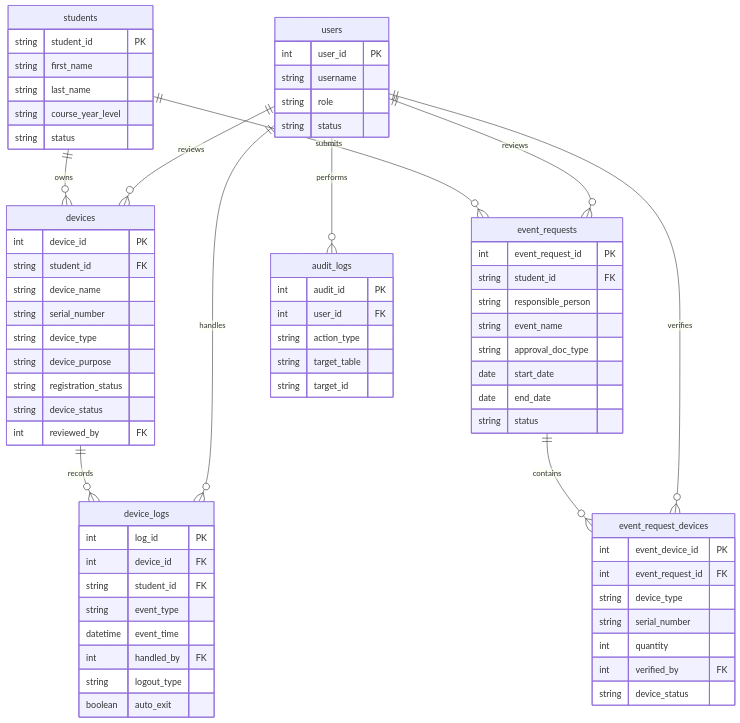
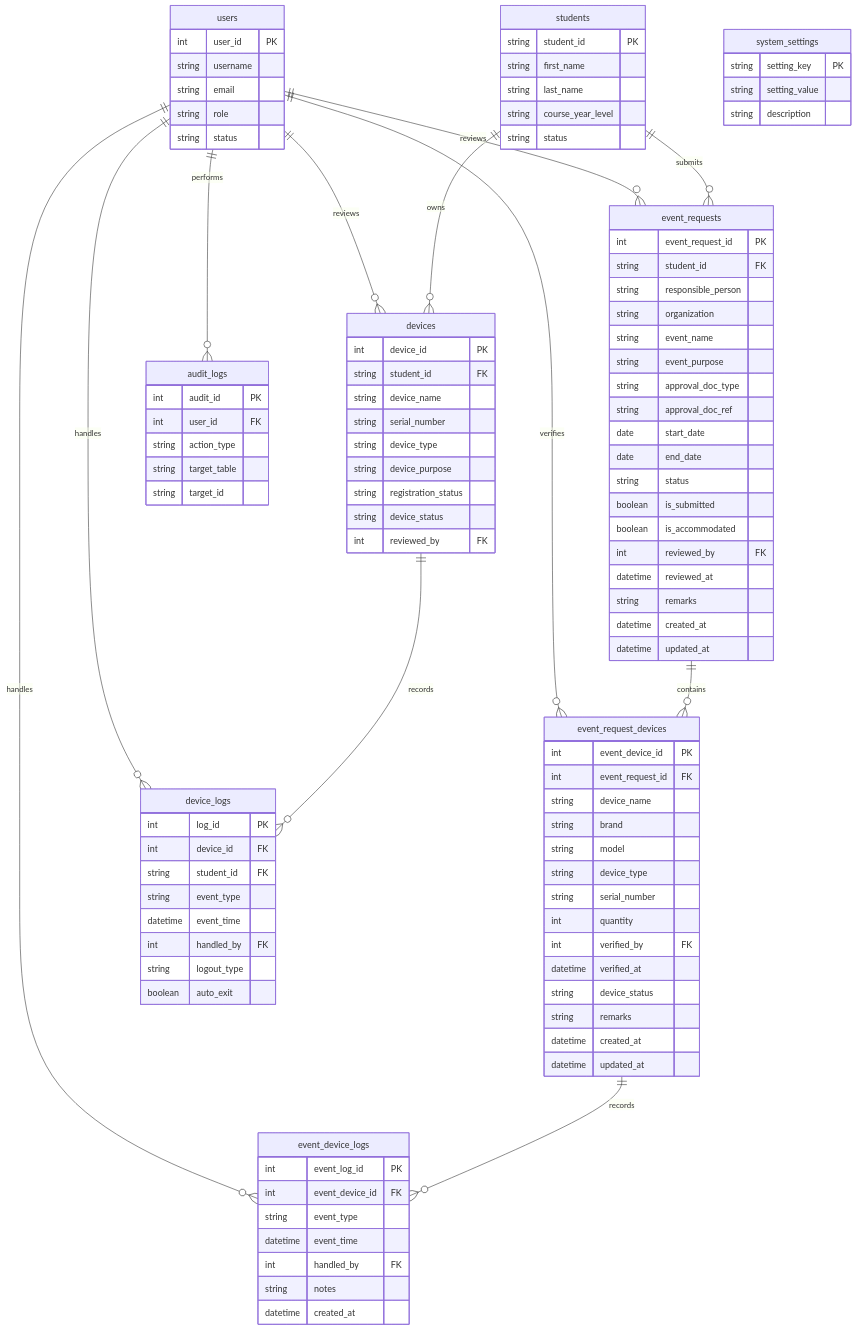
Before and after one commit to isnotfred/javafx-byod-client: the diagram in docs/system-analysis/06-data-requirements-and-data-dictionary.md, drawn with Mermaid. The commit also changed other lines of this file and 48 other files, not shown here.

Commit message:
Update system analysis and architecture documentation

````diff
--- a/docs/system-analysis/06-data-requirements-and-data-dictionary.md
+++ b/docs/system-analysis/06-data-requirements-and-data-dictionary.md
@@ -159,10 +217,12 @@
     students ||--o{ devices : owns
     students ||--o{ event_requests : submits
     event_requests ||--o{ event_request_devices : contains
+    event_request_devices ||--o{ event_device_logs : records
     devices ||--o{ device_logs : records
     users ||--o{ devices : reviews
     users ||--o{ event_requests : reviews
     users ||--o{ event_request_devices : verifies
+    users ||--o{ event_device_logs : handles
     users ||--o{ device_logs : handles
     users ||--o{ audit_logs : performs
 
@@ -188,20 +248,46 @@
         int event_request_id PK
         string student_id FK
         string responsible_person
+        string organization
         string event_name
+        string event_purpose
         string approval_doc_type
+        string approval_doc_ref
         date start_date
         date end_date
         string status
+        boolean is_submitted
+        boolean is_accommodated
+        int reviewed_by FK
+        datetime reviewed_at
+        string remarks
+        datetime created_at
+        datetime updated_at
     }
     event_request_devices {
         int event_device_id PK
         int event_request_id FK
+        string device_name
+        string brand
+        string model
         string device_type
         string serial_number
         int quantity
         int verified_by FK
+        datetime verified_at
         string device_status
+        string remarks
+        datetime created_at
+        datetime updated_at
+    }
+    event_device_logs {
+        int event_log_id PK
+        int event_device_id FK
+        string event_type
+        datetime event_time
+        int handled_by FK
+        string notes
+        datetime created_at
     }
     device_logs {
         int log_id PK
@@ -216,6 +302,7 @@
     users {
         int user_id PK
         string username
+        string email
         string role
         string status
     }
@@ -226,4 +313,9 @@
         string target_table
         string target_id
     }
+    system_settings {
+        string setting_key PK
+        string setting_value
+        string description
+    }
 ```
````
